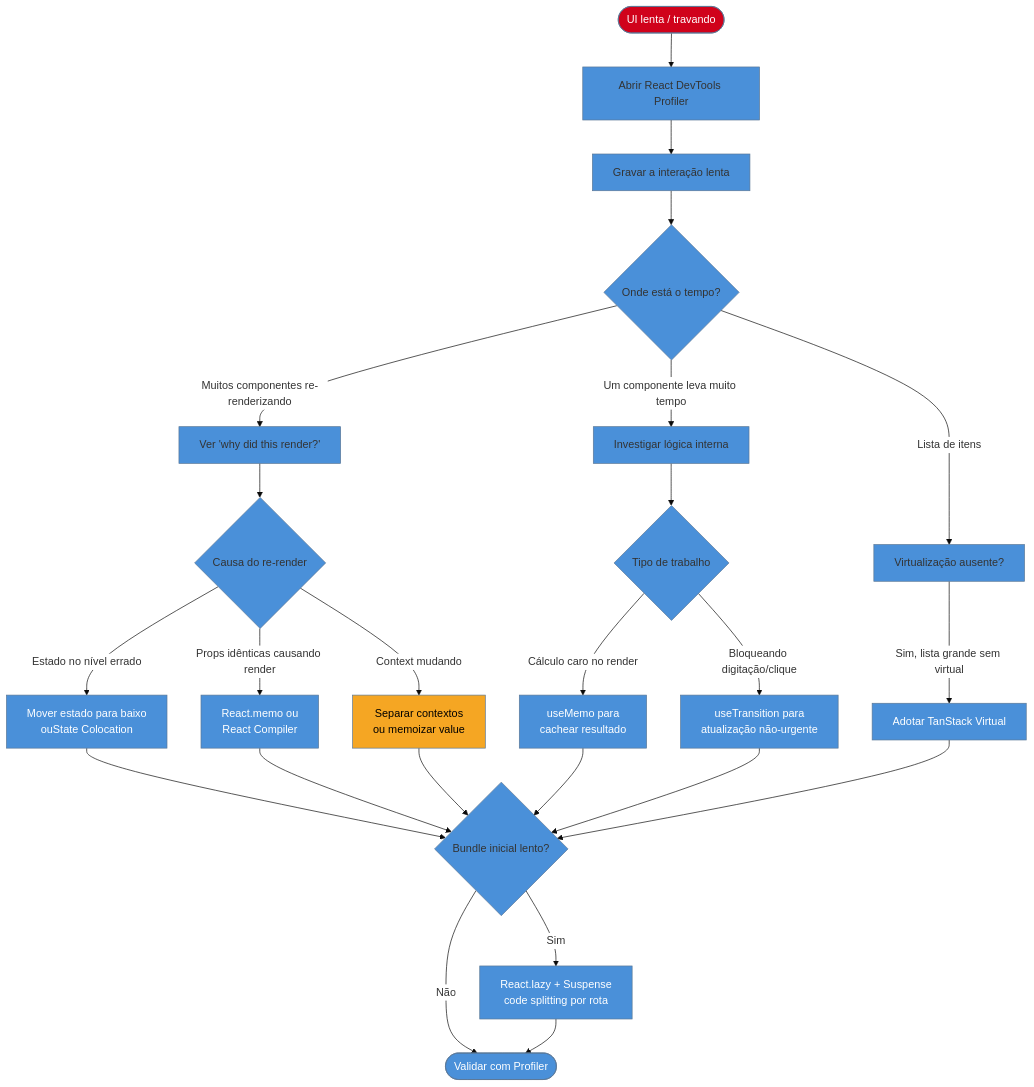
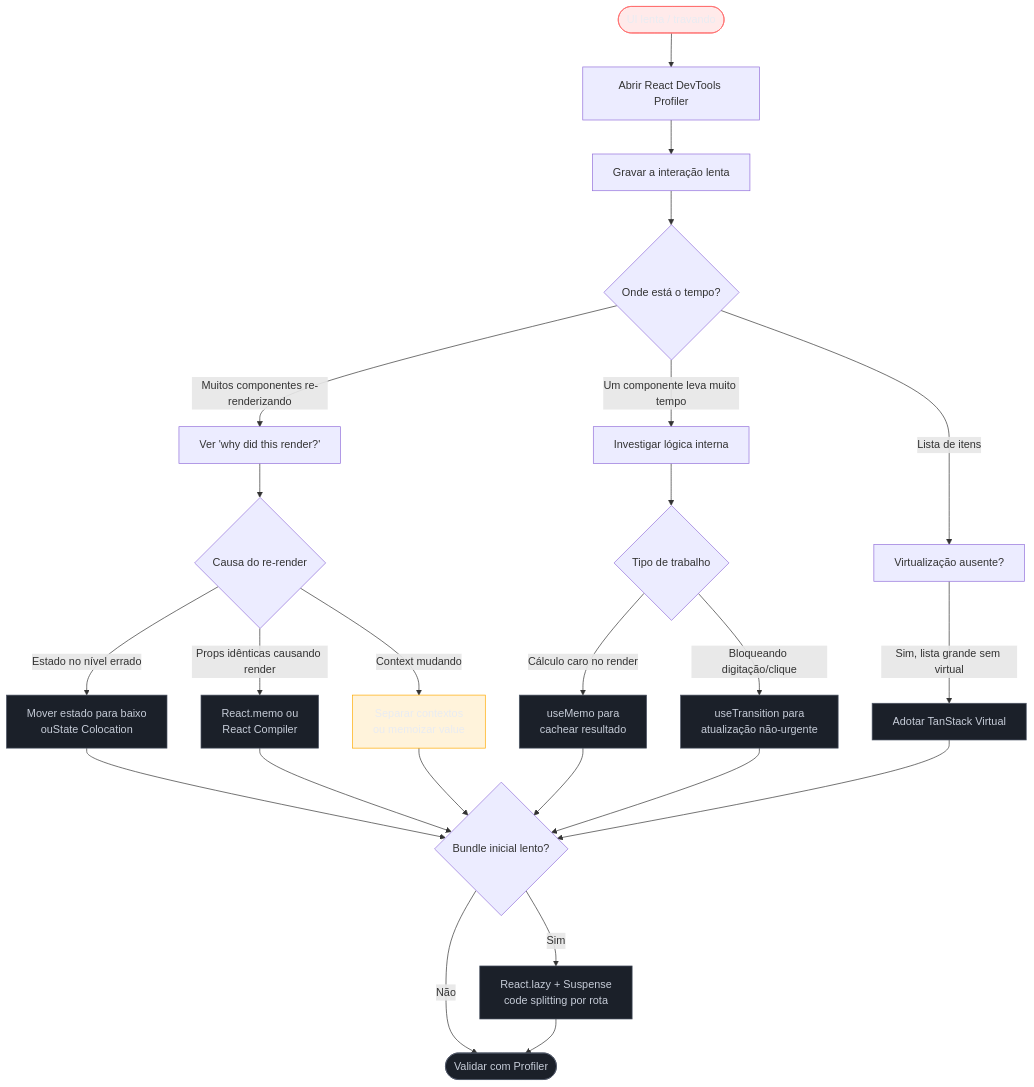
One commit to josenaldo/codex-technomanticus changed the diagram in 03-Dominios/Tecnologia/React/React core/17 - Performance no React.md. Above: the diagram before and after it, drawn with Mermaid. The commit also changed 1181 other files, not shown here.

First line of the commit message:
fix(diagramas): paleta do sistema no lugar de cor cravada no markdown

````diff
--- a/03-Dominios/Tecnologia/React/React core/17 - Performance no React.md
+++ b/03-Dominios/Tecnologia/React/React core/17 - Performance no React.md
@@ -425,37 +425,39 @@
 ```mermaid
-%%{init: {"theme": "base", "themeVariables": {"primaryColor": "#4A90D9", "edgeLabelBackground": "#ffffff"}}}%%
 flowchart TD
+    classDef falha fill:#FF6B6B24,stroke:#FF6B6B,color:#E9ECF2
+    classDef neutro fill:#1B2029,stroke:#4E5666,color:#C6CCD8
+    classDef destaque fill:#FFAA0024,stroke:#FFAA00,color:#E9ECF2
     A([UI lenta / travando]) --> B[Abrir React DevTools Profiler]
     B --> C[Gravar a interação lenta]
     C --> D{Onde está o tempo?}
 
     D -->|Muitos componentes re-renderizando| E[Ver 'why did this render?']
     D -->|Um componente leva muito tempo| F[Investigar lógica interna]
     D -->|Lista de itens| G[Virtualização ausente?]
 
     E --> E1{Causa do re-render}
     E1 -->|Estado no nível errado| E2[Mover estado para baixo\nouState Colocation]
     E1 -->|Props idênticas causando render| E3[React.memo ou\nReact Compiler]
     E1 -->|Context mudando| E4[Separar contextos\nou memoizar value]
 
     F --> F1{Tipo de trabalho}
     F1 -->|Cálculo caro no render| F2[useMemo para\ncachear resultado]
     F1 -->|Bloqueando digitação/clique| F3[useTransition para\natualização não-urgente]
 
     G -->|Sim, lista grande sem virtual| G1[Adotar TanStack Virtual]
 
     E2 & E3 & E4 & F2 & F3 & G1 --> H{Bundle inicial lento?}
     H -->|Sim| I[React.lazy + Suspense\ncode splitting por rota]
     H -->|Não| J([Validar com Profiler])
     I --> J
 
-    style A fill:#D0021B,color:#fff
-    style J fill:#4A90D9,color:#fff
-    style E2 fill:#4A90D9,color:#fff
-    style E3 fill:#4A90D9,color:#fff
-    style E4 fill:#F5A623,color:#000
-    style F2 fill:#4A90D9,color:#fff
-    style F3 fill:#4A90D9,color:#fff
-    style G1 fill:#4A90D9,color:#fff
-    style I fill:#4A90D9,color:#fff
+    class A falha
+    class J neutro
+    class E2 neutro
+    class E3 neutro
+    class E4 destaque
+    class F2 neutro
+    class F3 neutro
+    class G1 neutro
+    class I neutro
 ```
````
